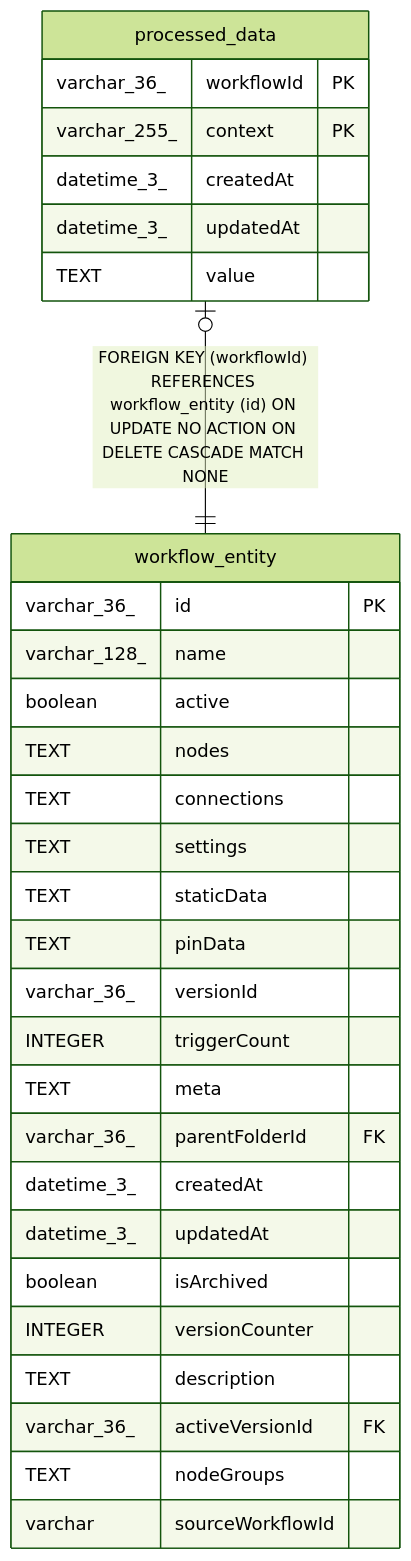
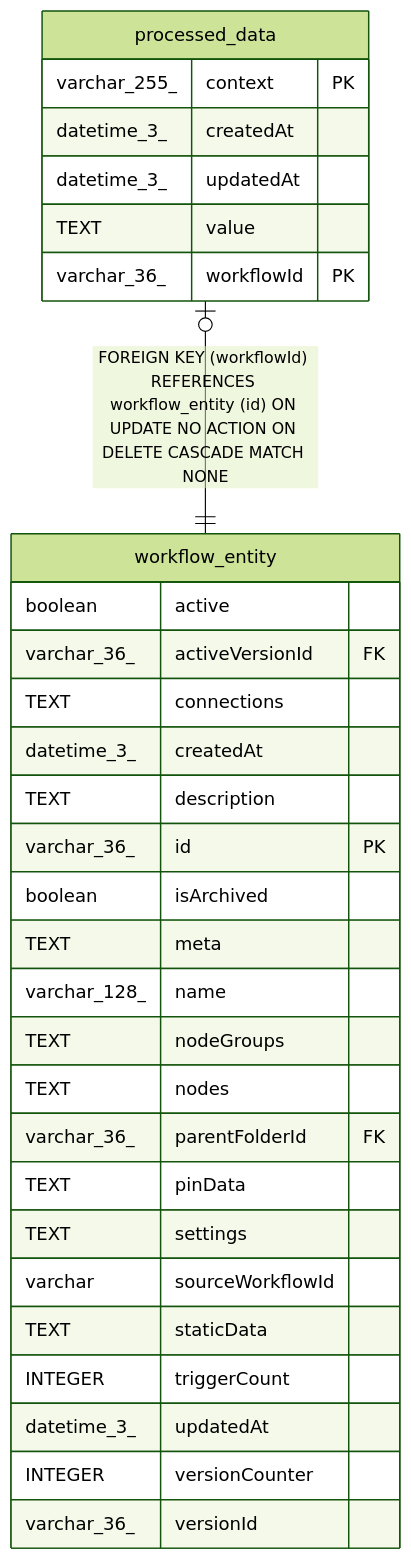
Before and after one commit to mayankjain1815-commits/n8n: the diagram in docs/generated/sqlite-schema/processed_data.md, drawn with Mermaid (forest theme). The commit also changed other lines of this file and 221 other files, not shown here.

Commit message:
chore(core): Make DB schema docs generation deterministic (#32373)

````diff
--- a/docs/generated/sqlite-schema/processed_data.md
+++ b/docs/generated/sqlite-schema/processed_data.md
@@ -41,35 +41,35 @@
 ```mermaid
 erDiagram
 
 "processed_data" |o--|| "workflow_entity" : "FOREIGN KEY (workflowId) REFERENCES workflow_entity (id) ON UPDATE NO ACTION ON DELETE CASCADE MATCH NONE"
 
 "processed_data" {
-  varchar_36_ workflowId PK
   varchar_255_ context PK
   datetime_3_ createdAt
   datetime_3_ updatedAt
   TEXT value
+  varchar_36_ workflowId PK
 }
 "workflow_entity" {
+  boolean active
+  varchar_36_ activeVersionId FK
+  TEXT connections
+  datetime_3_ createdAt
+  TEXT description
   varchar_36_ id PK
+  boolean isArchived
+  TEXT meta
   varchar_128_ name
-  boolean active
+  TEXT nodeGroups
   TEXT nodes
-  TEXT connections
+  varchar_36_ parentFolderId FK
+  TEXT pinData
   TEXT settings
+  varchar sourceWorkflowId
   TEXT staticData
-  TEXT pinData
+  INTEGER triggerCount
+  datetime_3_ updatedAt
+  INTEGER versionCounter
   varchar_36_ versionId
-  INTEGER triggerCount
-  TEXT meta
-  varchar_36_ parentFolderId FK
-  datetime_3_ createdAt
-  datetime_3_ updatedAt
-  boolean isArchived
-  INTEGER versionCounter
-  TEXT description
-  varchar_36_ activeVersionId FK
-  TEXT nodeGroups
-  varchar sourceWorkflowId
 }
 ```
````
